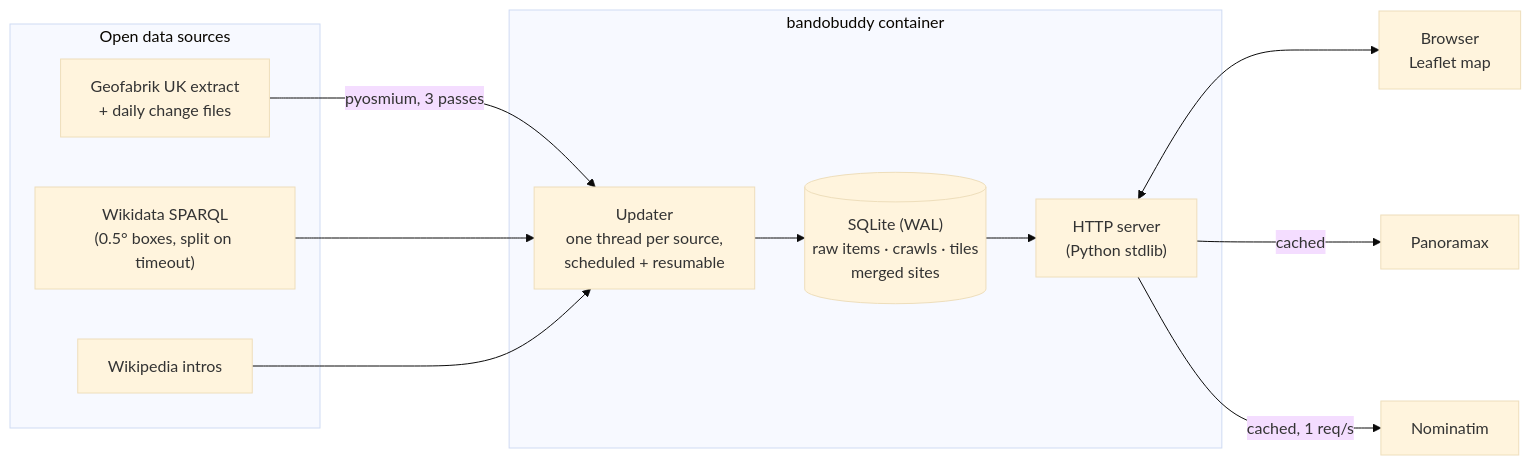
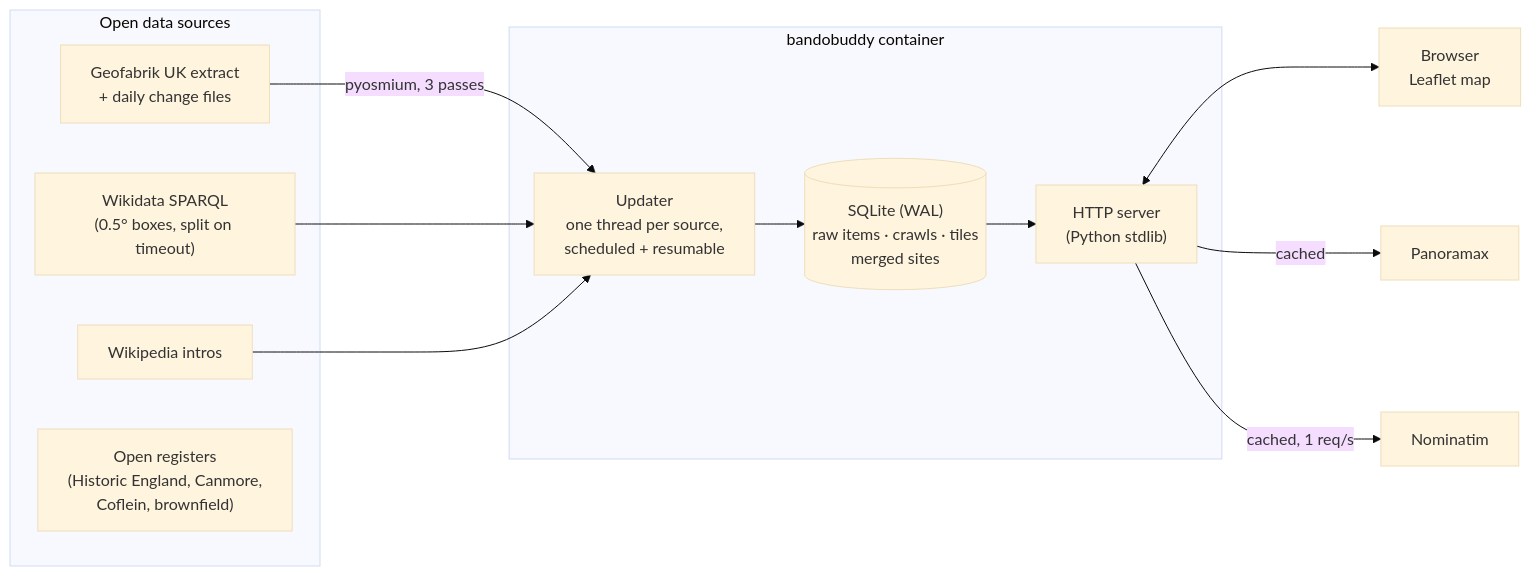
One commit to aidenharwood/portfolio-python-bandobuddy changed the diagram in README.md. Above: the diagram before and after it, drawn with Mermaid (base theme). The commit also changed other lines of this file and 13 other files, not shown here.

First line of the commit message:
Add the UK's open registers as sources

````diff
--- a/README.md
+++ b/README.md
@@ -21,24 +21,25 @@
 ```mermaid
 flowchart LR
   subgraph Sources["Open data sources"]
     GF["Geofabrik UK extract<br/>+ daily change files"]
     WD["Wikidata SPARQL<br/>(0.5° boxes, split on timeout)"]
     WP["Wikipedia intros"]
+    OD["Open registers<br/>(Historic England, Canmore,<br/>Coflein, brownfield)"]
   end
   subgraph App["bandobuddy container"]
     UP["Updater<br/>one thread per source,<br/>scheduled + resumable"]
     DB[("SQLite (WAL)<br/>raw items · crawls · tiles<br/>merged sites")]
     WEB["HTTP server<br/>(Python stdlib)"]
   end
   UI["Browser<br/>Leaflet map"]
   PX["Panoramax"]
   NM["Nominatim"]
   GF -->|pyosmium, 3 passes| UP
   WD --> UP
   WP --> UP
   UP --> DB
   DB --> WEB
   WEB <--> UI
   WEB -->|cached| PX
   WEB -->|cached, 1 req/s| NM
 ```
````
